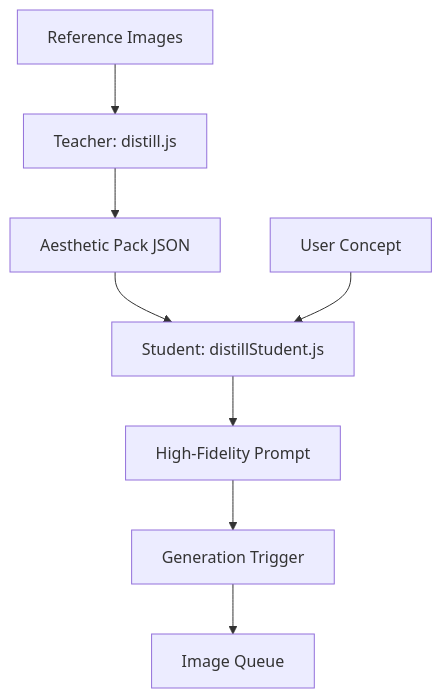
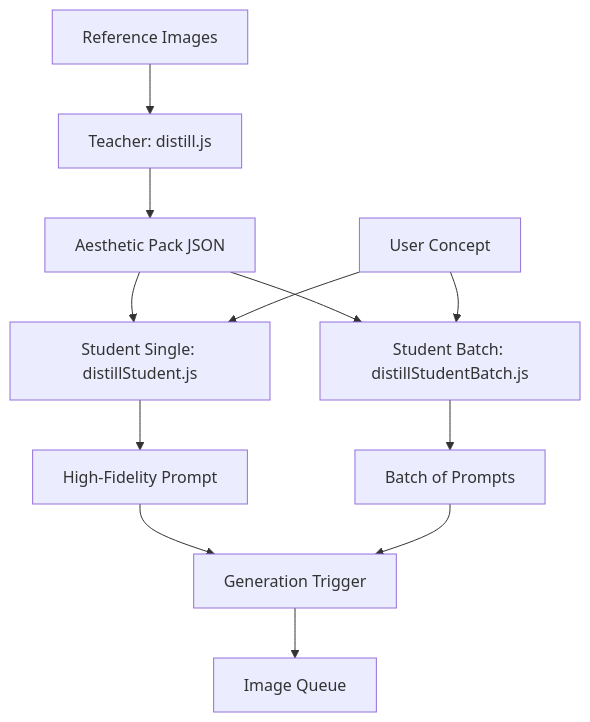
One commit to CardSorting/DreamBeesv11- changed the diagram in docs/distill/OVERVIEW.md. Above: the diagram before and after it, drawn with Mermaid. The commit also changed other lines of this file and 9 other files, not shown here.

````diff
--- a/docs/distill/OVERVIEW.md
+++ b/docs/distill/OVERVIEW.md
@@ -28,10 +33,14 @@
 ```mermaid
 graph TD
     Images[Reference Images] --> Teacher[Teacher: distill.js]
     Teacher --> Pack[Aesthetic Pack JSON]
-    Pack --> Student[Student: distillStudent.js]
-    UserReq[User Concept] --> Student
-    Student --> Prompt[High-Fidelity Prompt]
+    Pack --> StudentA[Student Single: distillStudent.js]
+    Pack --> StudentB[Student Batch: distillStudentBatch.js]
+    UserReq[User Concept] --> StudentA
+    UserReq --> StudentB
+    StudentA --> Prompt[High-Fidelity Prompt]
+    StudentB --> Prompts[Batch of Prompts]
     Prompt --> Gen[Generation Trigger]
+    Prompts --> Gen
     Gen --> Queue[Image Queue]
 ```
````
